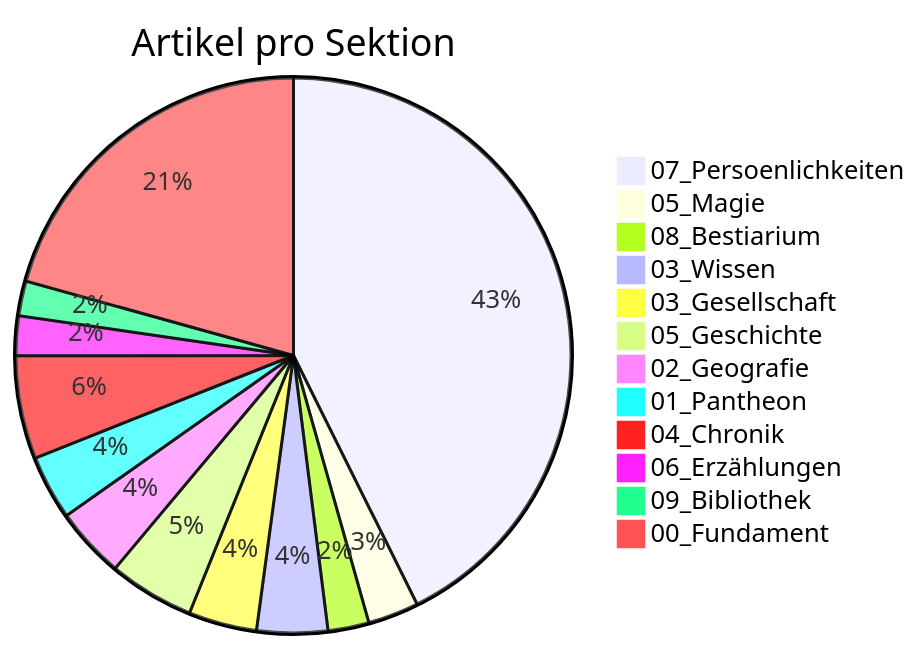
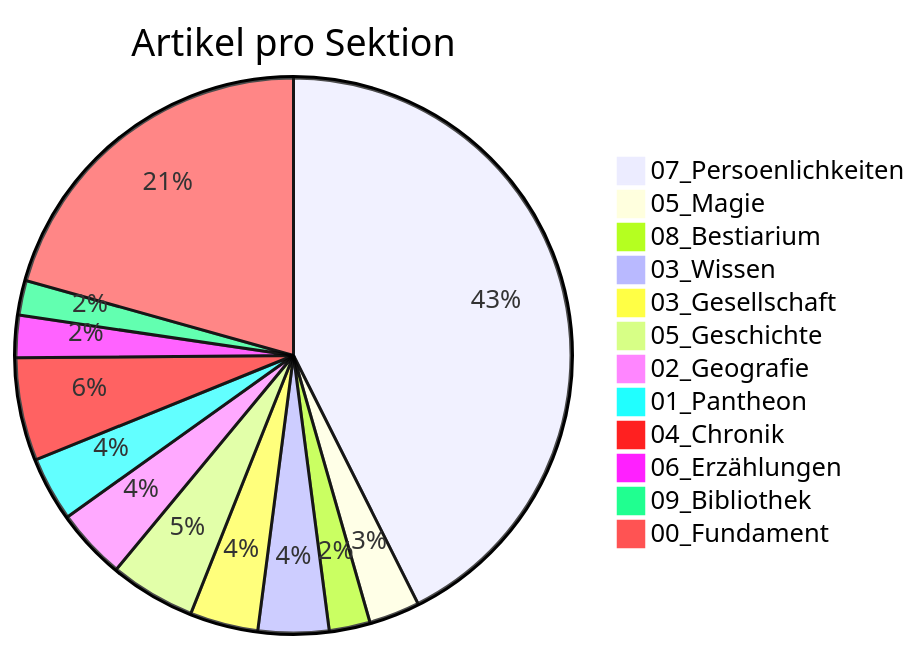
One commit to Siebenwind/7w_wiki changed the diagram in docs/Siebenwind_Wiki/10_Archiv/Wiki_Statistiken.md. Above: the diagram before and after it, drawn with Mermaid. The commit also changed other lines of this file and 33 other files, not shown here.

````diff
--- a/docs/Siebenwind_Wiki/10_Archiv/Wiki_Statistiken.md
+++ b/docs/Siebenwind_Wiki/10_Archiv/Wiki_Statistiken.md
@@ -39,15 +39,15 @@
 ```mermaid
 pie title Artikel pro Sektion
     "07_Persoenlichkeiten" : 590
     "05_Magie" : 41
     "08_Bestiarium" : 33
     "03_Wissen" : 57
     "03_Gesellschaft" : 55
     "05_Geschichte" : 69
     "02_Geografie" : 57
     "01_Pantheon" : 52
     "04_Chronik" : 83
-    "06_Erzählungen" : 32
+    "06_Erzählungen" : 34
     "09_Bibliothek" : 28
     "00_Fundament" : 286
 ```
````
